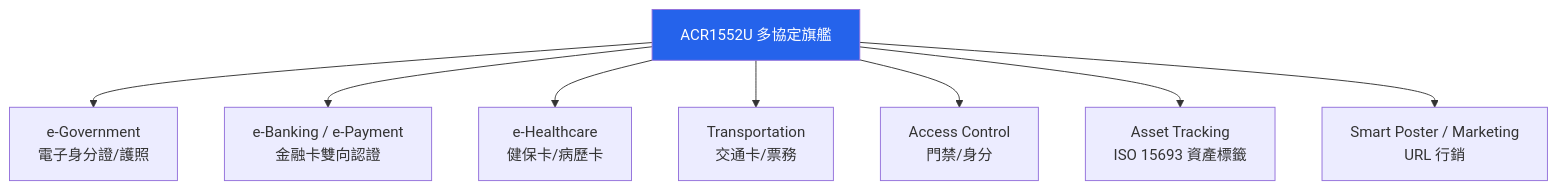
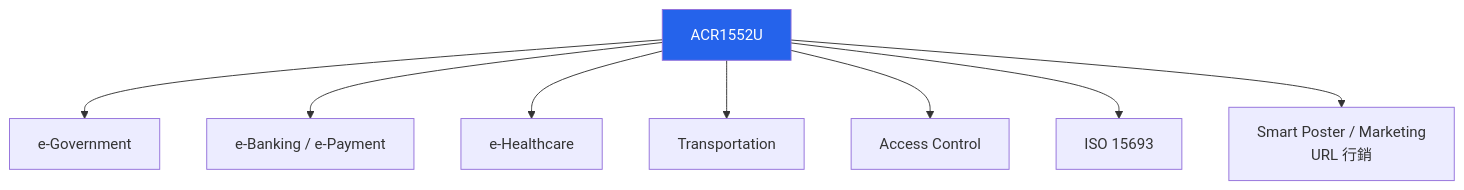
Before and after one commit to yopitek/yupitek-wiki: the diagram in i18n/zh-TW/docusaurus-plugin-content-docs/current/05-acs/products/acr1552u/index.md, drawn with Mermaid. The commit also changed other lines of this file and 11 other files, not shown here.

````diff
--- a/i18n/zh-TW/docusaurus-plugin-content-docs/current/05-acs/products/acr1552u/index.md
+++ b/i18n/zh-TW/docusaurus-plugin-content-docs/current/05-acs/products/acr1552u/index.md
@@ -71,12 +70,12 @@
 ```mermaid
 flowchart TD
-    A[ACR1552U 多協定旗艦] --> B[e-Government<br/>電子身分證/護照]
-    A --> C[e-Banking / e-Payment<br/>金融卡雙向認證]
-    A --> D[e-Healthcare<br/>健保卡/病歷卡]
-    A --> E[Transportation<br/>交通卡/票務]
-    A --> F[Access Control<br/>門禁/身分]
-    A --> G[Asset Tracking<br/>ISO 15693 資產標籤]
+    A[ACR1552U] --> B[e-Government]
+    A --> C[e-Banking / e-Payment]
+    A --> D[e-Healthcare]
+    A --> E[Transportation]
+    A --> F[Access Control]
+    A --> G[ISO 15693]
     A --> H[Smart Poster / Marketing<br/>URL 行銷]
 
     style A fill:#2563eb,color:#fff
 ```
````
